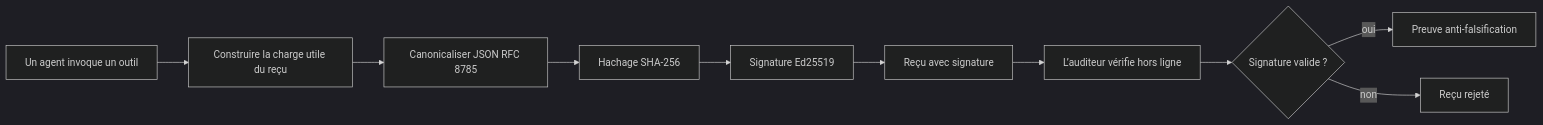
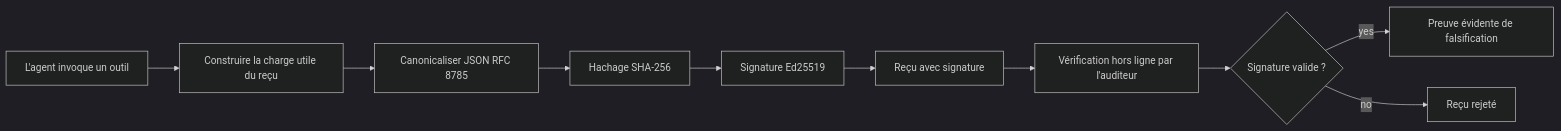
One commit to gabrielmoreira/agent-skills-mirror changed the first of 2 diagrams in mirrors/repos/microsoft@ai-agents-for-beginners/translations/fr/18-securing-ai-agents/README.md. Above: the diagram before and after it, drawn with Mermaid (dark theme). The commit also changed other lines of this file and 8253 other files, not shown here.

````diff
--- a/mirrors/repos/microsoft@ai-agents-for-beginners/translations/fr/18-securing-ai-agents/README.md
+++ b/mirrors/repos/microsoft@ai-agents-for-beginners/translations/fr/18-securing-ai-agents/README.md
@@ -51,12 +51,12 @@
 ```mermaid
 flowchart LR
-    A[Un agent invoque un outil] --> B[Construire la charge utile du reçu]
+    A[L'agent invoque un outil] --> B[Construire la charge utile du reçu]
     B --> C[Canonicaliser JSON RFC 8785]
     C --> D[Hachage SHA-256]
     D --> E[Signature Ed25519]
     E --> F[Reçu avec signature]
-    F --> G[L’auditeur vérifie hors ligne]
+    F --> G[Vérification hors ligne par l'auditeur]
     G --> H{Signature valide ?}
-    H -- oui --> I[Preuve anti-falsification]
-    H -- non --> J[Reçu rejeté]
+    H -- yes --> I[Preuve évidente de falsification]
+    H -- no --> J[Reçu rejeté]
 ```
````
